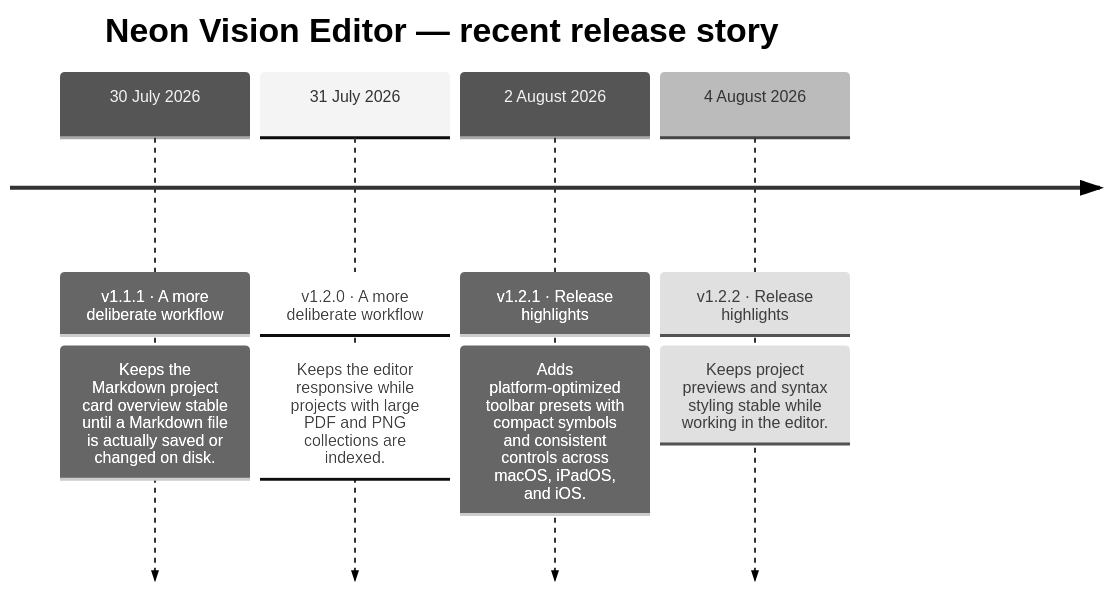
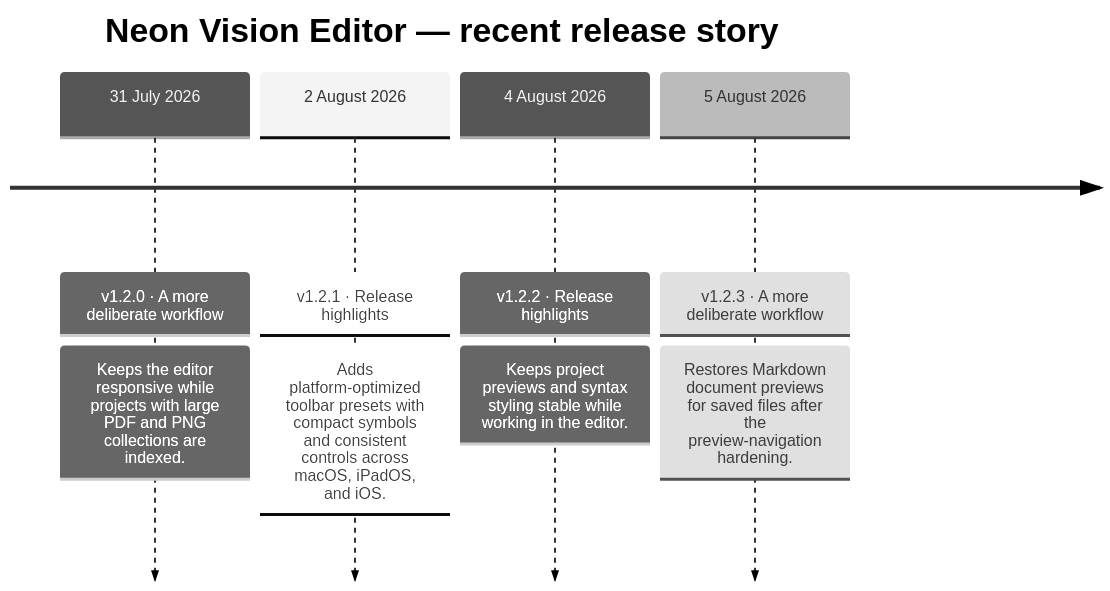
The second of 2 diagrams in README.md (h3pdesign/Neon-Vision-Editor), drawn with Mermaid (neutral theme) before and after one commit. The commit also changed other lines of this file and 20 other files, not shown here.

````diff
--- a/README.md
+++ b/README.md
@@ -774,12 +773,12 @@
 ```mermaid
 timeline
     title Neon Vision Editor — recent release story
-    30 July 2026 : v1.1.1 · A more deliberate workflow
-                : Keeps the Markdown project card overview stable until a Markdown file is actually saved or changed on disk.
     31 July 2026 : v1.2.0 · A more deliberate workflow
                 : Keeps the editor responsive while projects with large PDF and PNG collections are indexed.
     2 August 2026 : v1.2.1 · Release highlights
                 : Adds platform-optimized toolbar presets with compact symbols and consistent controls across macOS, iPadOS, and iOS.
     4 August 2026 : v1.2.2 · Release highlights
                 : Keeps project previews and syntax styling stable while working in the editor.
+    5 August 2026 : v1.2.3 · A more deliberate workflow
+                : Restores Markdown document previews for saved files after the preview-navigation hardening.
 ```
````
